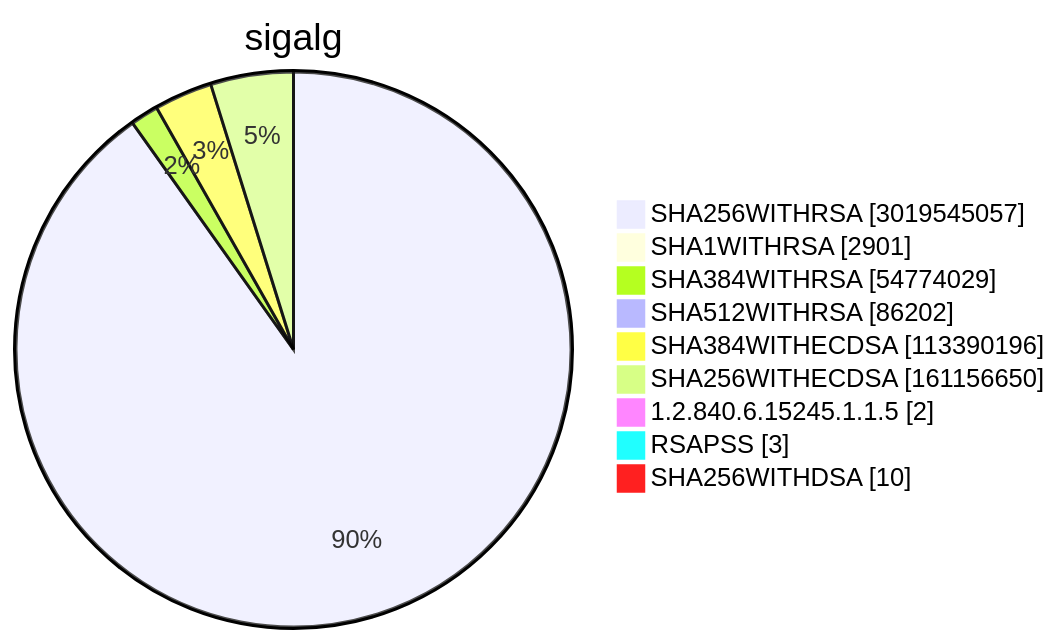
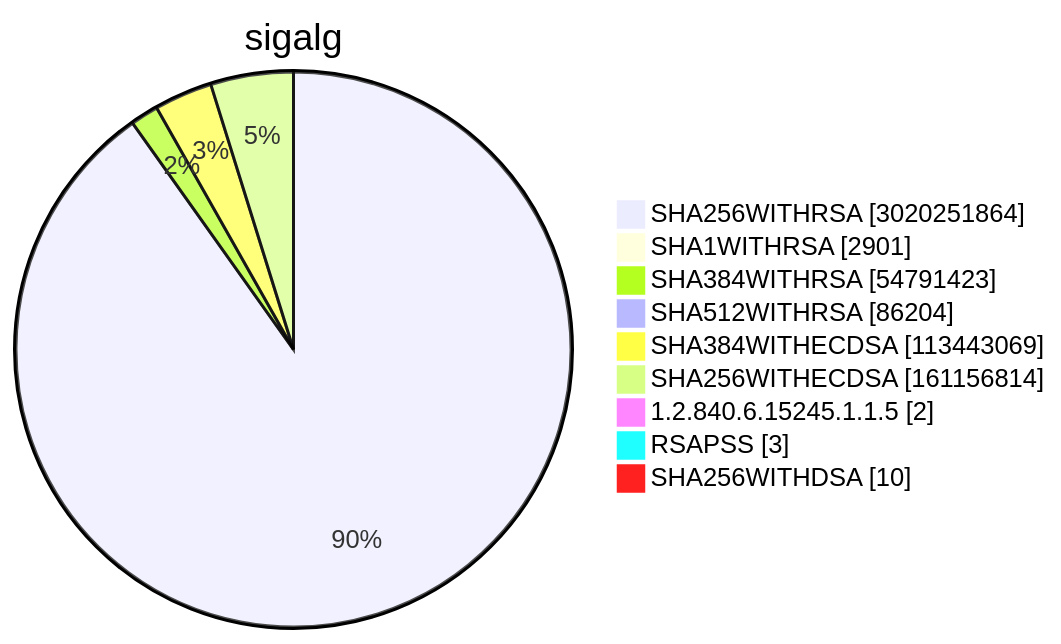
Before and after one commit to christiankrug/ctmonitor_visualization: diagram 15 of 15 in TOTAL/README.md, drawn with Mermaid. The commit also changed other lines of this file, not shown here.

````diff
--- a/TOTAL/README.md
+++ b/TOTAL/README.md
@@ -6208,13 +6208,13 @@
 ```mermaid
 pie showData
 title sigalg
-"SHA256WITHRSA" :3019545057
+"SHA256WITHRSA" :3020251864
 "SHA1WITHRSA" :2901
-"SHA384WITHRSA" :54774029
-"SHA512WITHRSA" :86202
-"SHA384WITHECDSA" :113390196
-"SHA256WITHECDSA" :161156650
+"SHA384WITHRSA" :54791423
+"SHA512WITHRSA" :86204
+"SHA384WITHECDSA" :113443069
+"SHA256WITHECDSA" :161156814
 "1.2.840.6.15245.1.1.5" :2
 "RSAPSS" :3
 "SHA256WITHDSA" :10
 ```
````
